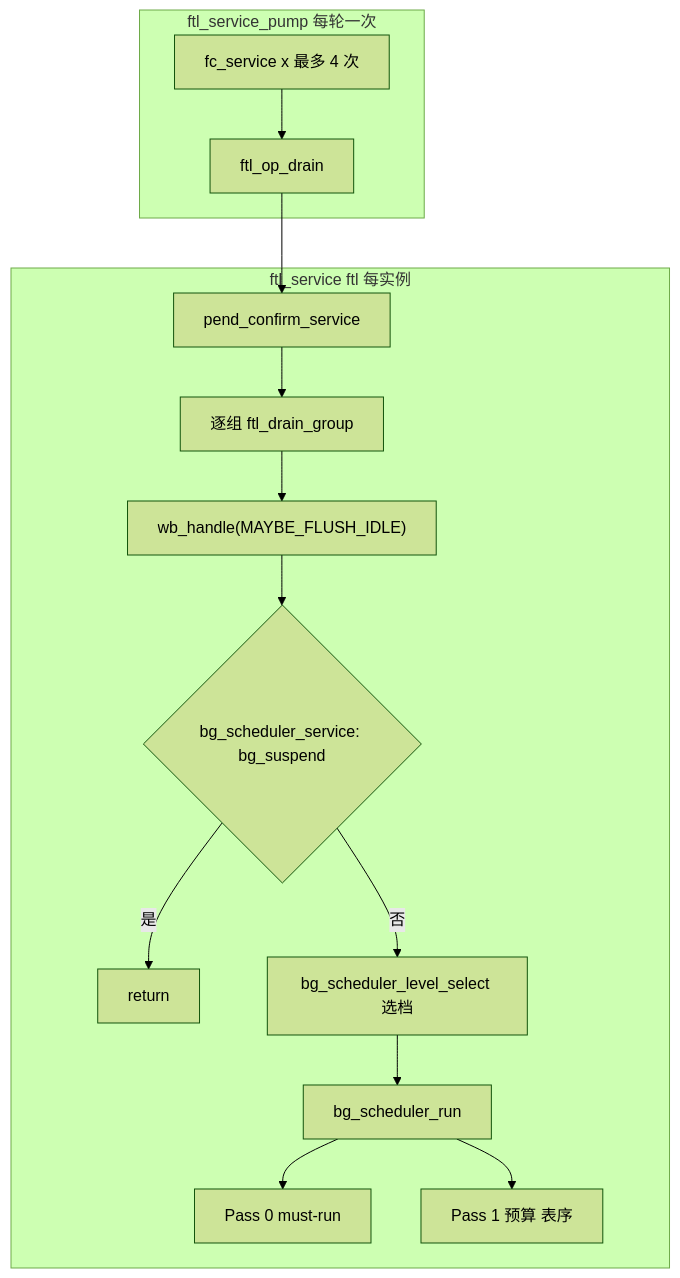
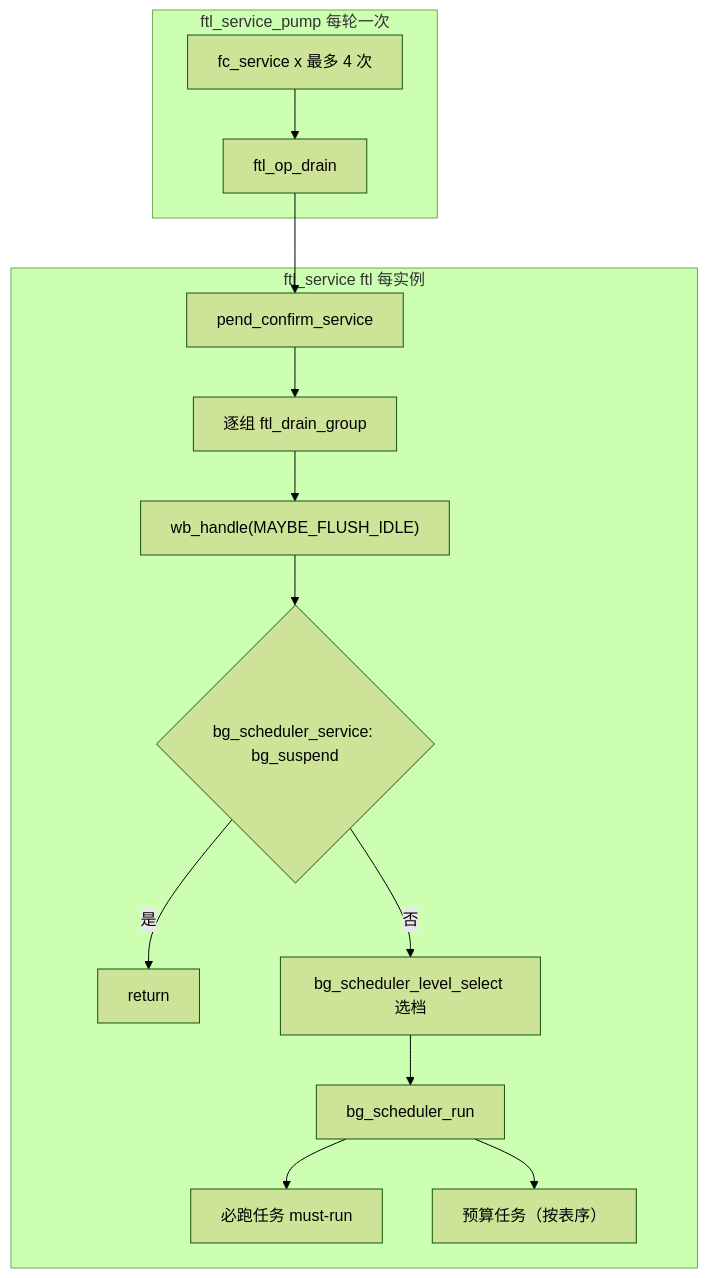
Diagram 20 of 34 in docs/design/ftl_design.md (YzYMIAO/BASESSD), drawn with Mermaid (forest theme) before and after one commit. The commit also changed other lines of this file and 23 other files, not shown here.

````diff
--- a/docs/design/ftl_design.md
+++ b/docs/design/ftl_design.md
@@ -3444,17 +3444,17 @@
 ```mermaid
 flowchart TB
     subgraph "ftl_service_pump 每轮一次"
         P1["fc_service x 最多 4 次"] --> P2["ftl_op_drain"]
     end
     subgraph "ftl_service ftl 每实例"
         S1["pend_confirm_service"] --> S2["逐组 ftl_drain_group"]
         S2 --> S3["wb_handle(MAYBE_FLUSH_IDLE)"]
         S3 --> S4{"bg_scheduler_service: bg_suspend"}
         S4 -- "是" --> S5["return"]
         S4 -- "否" --> S6["bg_scheduler_level_select 选档"]
         S6 --> S7["bg_scheduler_run"]
-        S7 --> S8["Pass 0 must-run"]
-        S7 --> S9["Pass 1 预算 表序"]
+        S7 --> S8["必跑任务 must-run"]
+        S7 --> S9["预算任务（按表序）"]
     end
     P2 --> S1
 ```
````
